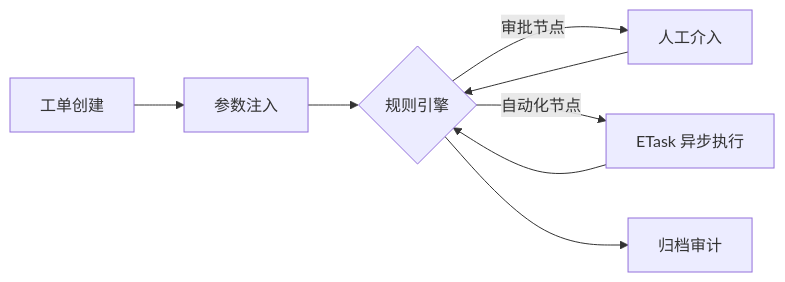
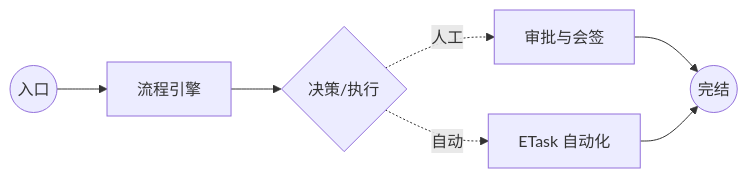
One commit to Duke1616/duke1616.github.io changed the diagram in docs/workflow/concept.md. Above: the diagram before and after it, drawn with Mermaid. The commit also changed other lines of this file and 20 other files, not shown here.

````diff
--- a/docs/workflow/concept.md
+++ b/docs/workflow/concept.md
@@ -26,10 +9,8 @@
 ```mermaid
 graph LR
-    A[工单创建] --> B[参数注入]
-    B --> C{规则引擎}
-    C -->|审批节点| D[人工介入]
-    C -->|自动化节点| E[ETask 异步执行]
-    D --> C
-    E --> C
-    C --> F[归档审计]
+    A(( 入口 )) --> B[ 流程引擎 ]
+    B --> C{ 决策/执行 }
+    C -. 人工 .-> D[ 审批与会签 ]
+    C -. 自动 .-> E[ ETask 自动化 ]
+    D & E --> F(( 完结 ))
 ```
````
